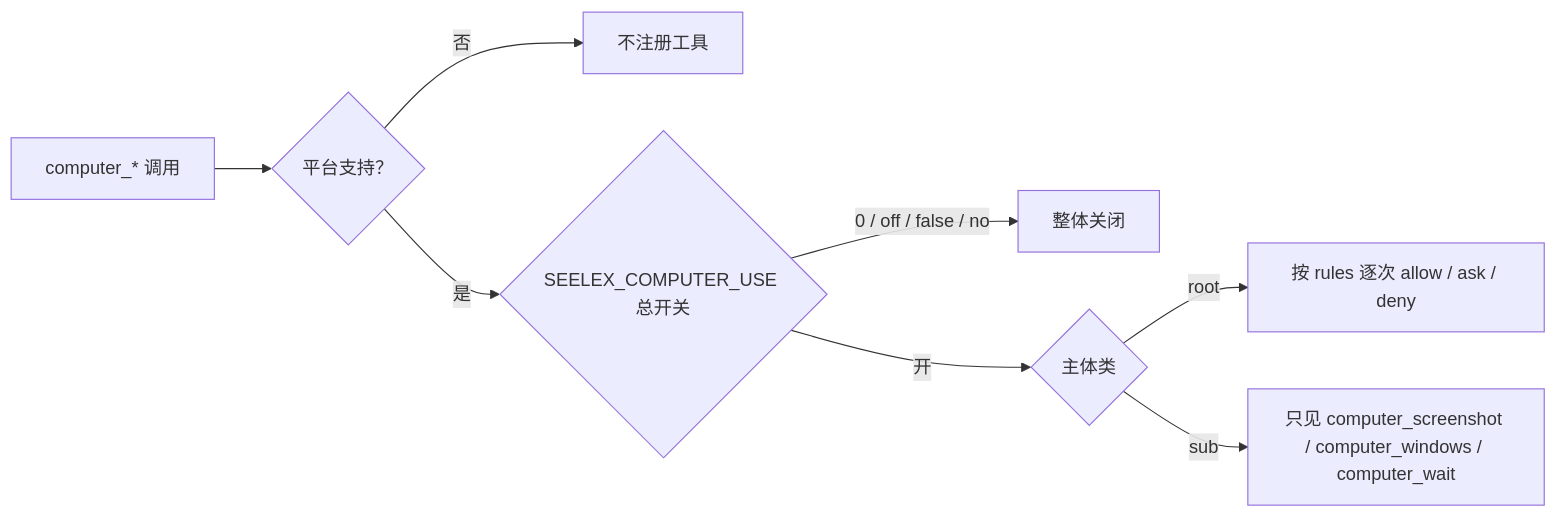
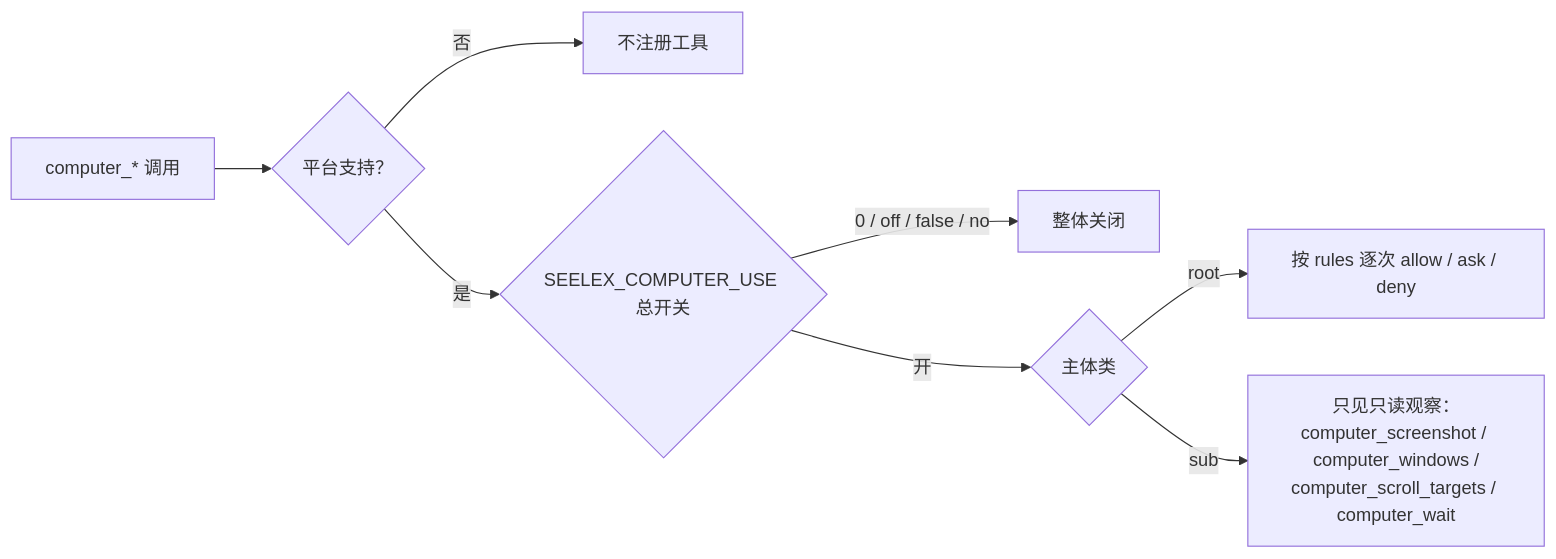
One commit to RedHuang-0622/seelex changed the second of 2 diagrams in seelebridge/tools/computer/README.md. Above: the diagram before and after it, drawn with Mermaid. The commit also changed other lines of this file and 25 other files, not shown here.

````diff
--- a/seelebridge/tools/computer/README.md
+++ b/seelebridge/tools/computer/README.md
@@ -52,10 +53,10 @@
 ```mermaid
 flowchart LR
     CALL["computer_* 调用"] --> P1{"平台支持？"}
     P1 -->|否| NO["不注册工具"]
     P1 -->|是| P2{"SEELEX_COMPUTER_USE 总开关"}
     P2 -->|0 / off / false / no| OFF["整体关闭"]
     P2 -->|开| P3{"主体类"}
     P3 -->|root| ASK["按 rules 逐次 allow / ask / deny"]
-    P3 -->|sub| READONLY["只见 computer_screenshot / computer_windows / computer_wait"]
+    P3 -->|sub| READONLY["只见只读观察：<br/>computer_screenshot / computer_windows /<br/>computer_scroll_targets / computer_wait"]
 ```
````
